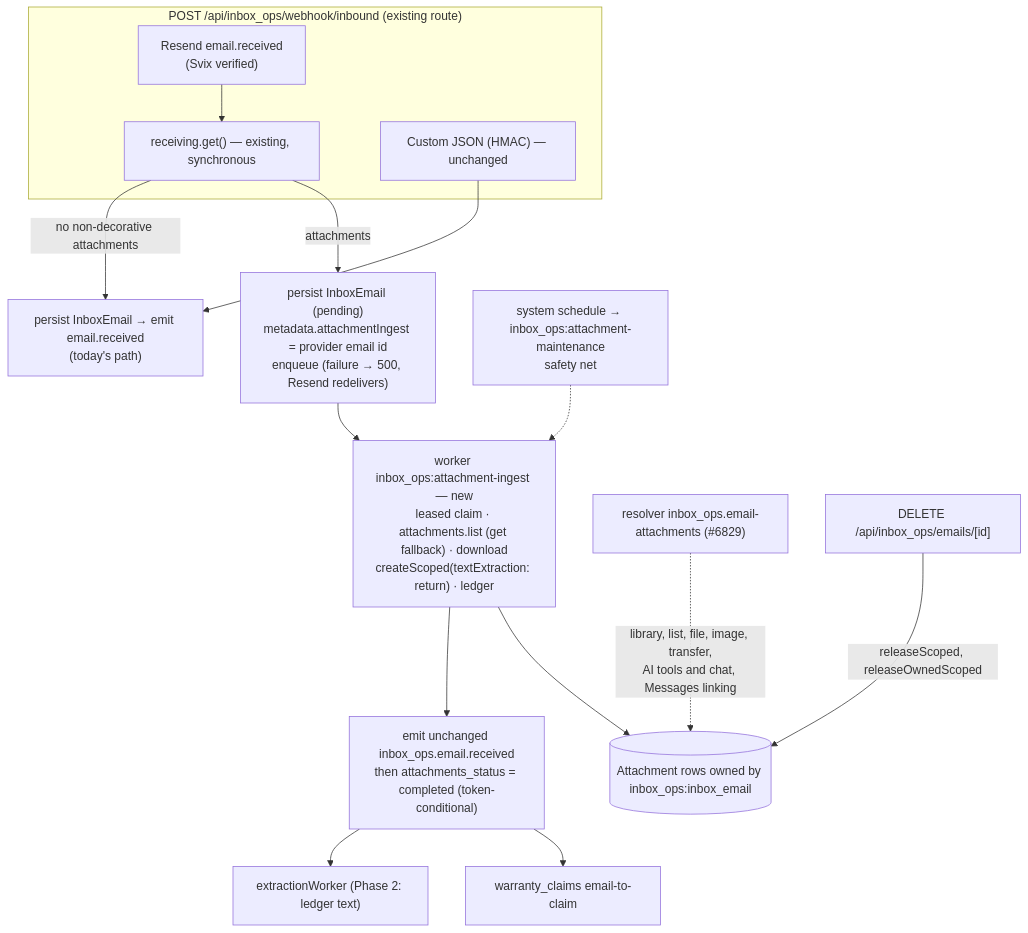
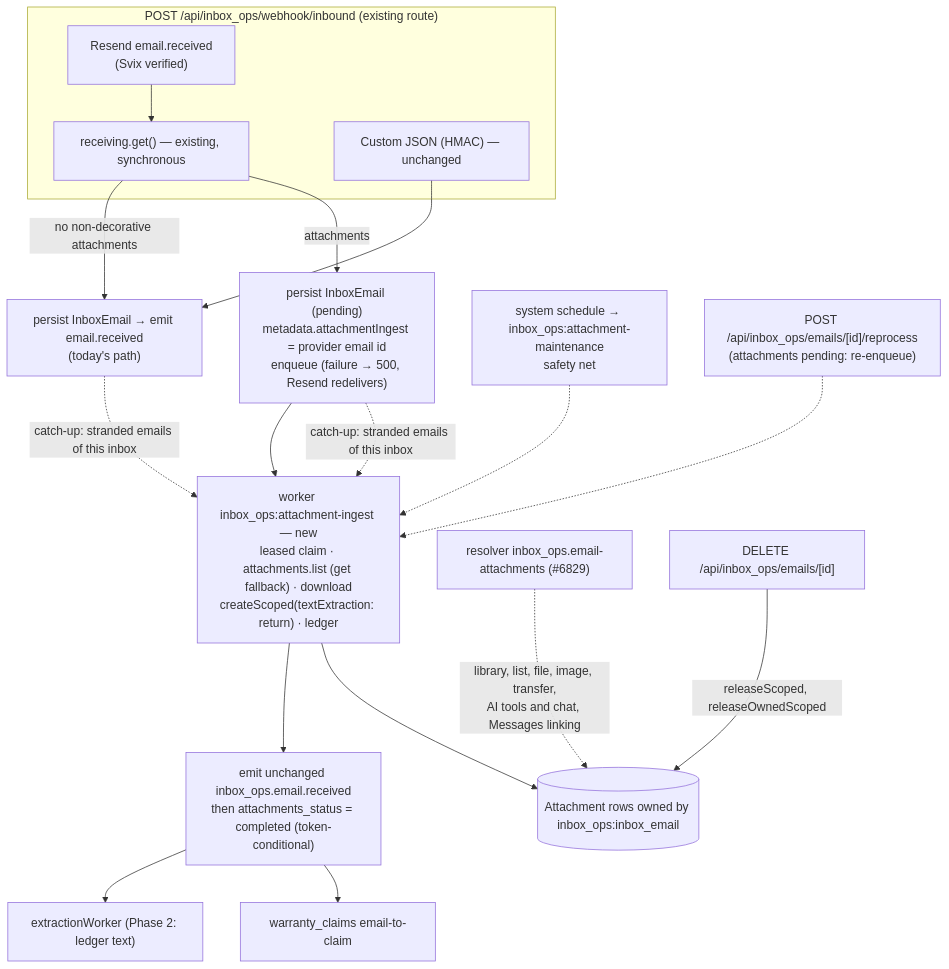
Before and after one commit to open-mercato/open-mercato: the diagram in .ai/specs/2026-10-25-inbox-ops-inbound-attachments.md, drawn with Mermaid. The commit also changed other lines of this file, not shown here.

First line of the commit message:
docs(specs): fix inbox attachment dedup and stranded-ingest recovery

````diff
--- a/.ai/specs/2026-10-25-inbox-ops-inbound-attachments.md
+++ b/.ai/specs/2026-10-25-inbox-ops-inbound-attachments.md
@@ -106,18 +109,20 @@
 ```mermaid
 flowchart TD
   subgraph Webhook["POST /api/inbox_ops/webhook/inbound (existing route)"]
     R["Resend email.received<br/>(Svix verified)"] --> RG["receiving.get() — existing, synchronous"]
     C["Custom JSON (HMAC) — unchanged"]
   end
   RG -->|"no non-decorative attachments"| P0["persist InboxEmail → emit email.received<br/>(today's path)"]
   C --> P0
   RG -->|"attachments"| P1["persist InboxEmail (pending)<br/>metadata.attachmentIngest = provider email id<br/>enqueue (failure → 500, Resend redelivers)"]
   P1 --> W["worker inbox_ops:attachment-ingest — new<br/>leased claim · attachments.list (get fallback) · download<br/>createScoped(textExtraction: return) · ledger"]
   W --> E["emit unchanged inbox_ops.email.received<br/>then attachments_status = completed (token-conditional)"]
   E --> X["extractionWorker (Phase 2: ledger text)"]
   E --> WC["warranty_claims email-to-claim"]
   S["system schedule → inbox_ops:attachment-maintenance<br/>safety net"] -.-> W
+  P0 & P1 -.->|"catch-up: stranded emails of this inbox"| W
+  RP["POST /api/inbox_ops/emails/[id]/reprocess<br/>(attachments pending: re-enqueue)"] -.-> W
   A["resolver inbox_ops.email-attachments (#6829)"] -.->|"library, list, file, image, transfer,<br/>AI tools and chat, Messages linking"| F[("Attachment rows owned by inbox_ops:inbox_email")]
   W --> F
   D["DELETE /api/inbox_ops/emails/[id]"] -->|"releaseScoped, releaseOwnedScoped"| F
 ```
````
